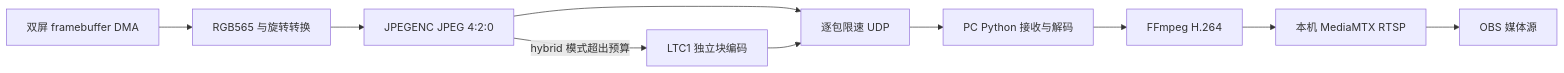
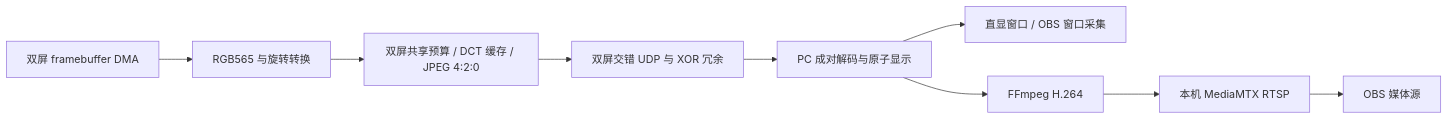
One commit to nicedayzhu/3ds-recorder changed the diagram in live/README.md. Above: the diagram before and after it, drawn with Mermaid. The commit also changed other lines of this file and 22 other files, not shown here.

````diff
--- a/live/README.md
+++ b/live/README.md
@@ -9,12 +9,11 @@
 ```mermaid
 flowchart LR
   A[双屏 framebuffer DMA] --> B[RGB565 与旋转转换]
-  B --> C[JPEGENC JPEG 4:2:0]
-  C -->|hybrid 模式超出预算| D[LTC1 独立块编码]
-  C --> E[逐包限速 UDP]
-  D --> E
-  E --> F[PC Python 接收与解码]
+  B --> C[双屏共享预算 / DCT 缓存 / JPEG 4:2:0]
+  C --> E[双屏交错 UDP 与 XOR 冗余]
+  E --> F[PC 成对解码与原子显示]
+  F --> J[直显窗口 / OBS 窗口采集]
   F --> G[FFmpeg H.264]
   G --> H[本机 MediaMTX RTSP]
   H --> I[OBS 媒体源]
 ```
````
